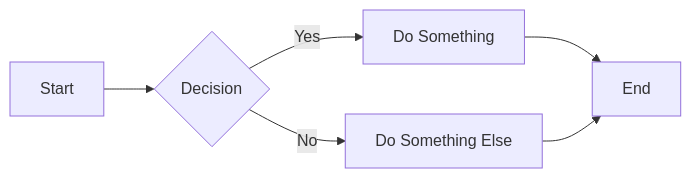
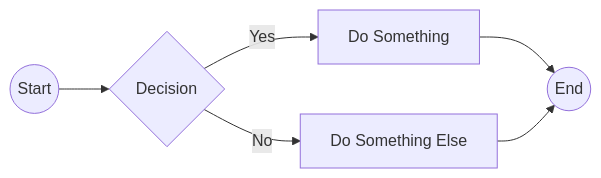
The diagram in README.md (mjdvisualz/fysik-quiz-app), drawn with Mermaid before and after one commit.

````diff
--- a/README.md
+++ b/README.md
@@ -16,8 +16,8 @@
 ```mermaid
 graph LR
-    A[Start] --> B{Decision}
+    A((Start)) --> B{Decision}
     B -->|Yes| C[Do Something]
     B -->|No| D[Do Something Else]
-    C --> E[End]
+    C --> E((End))
     D --> E
 ```
````
